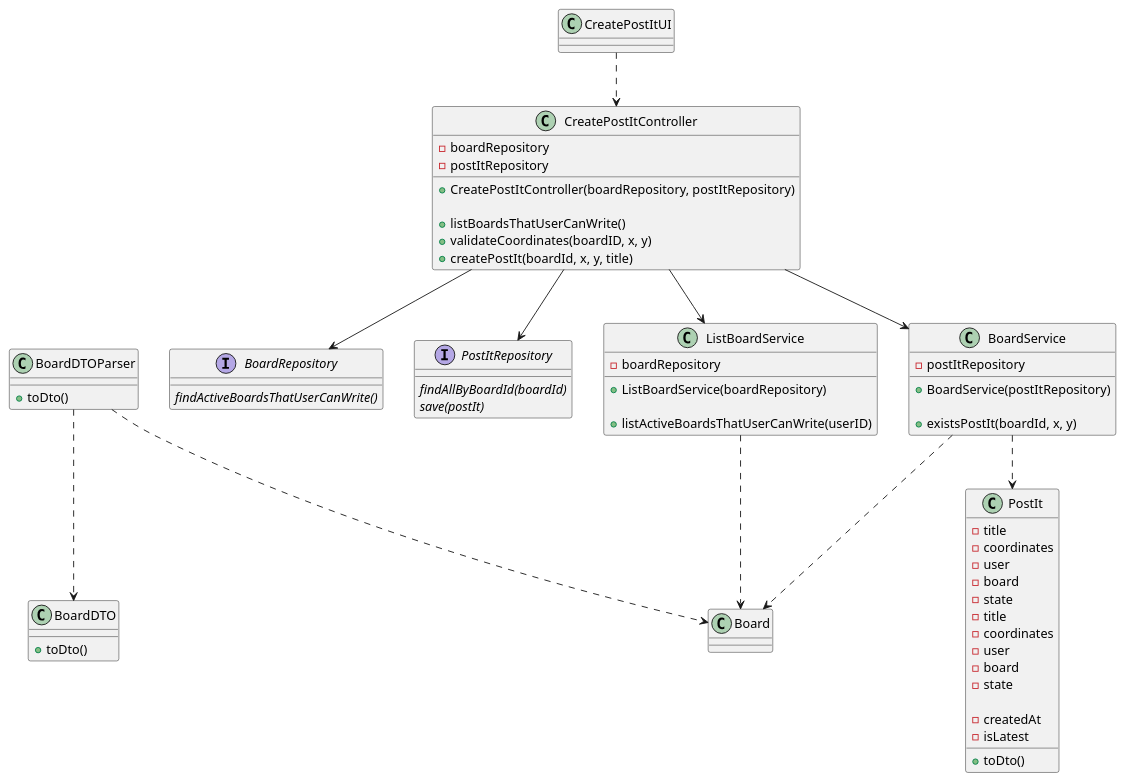
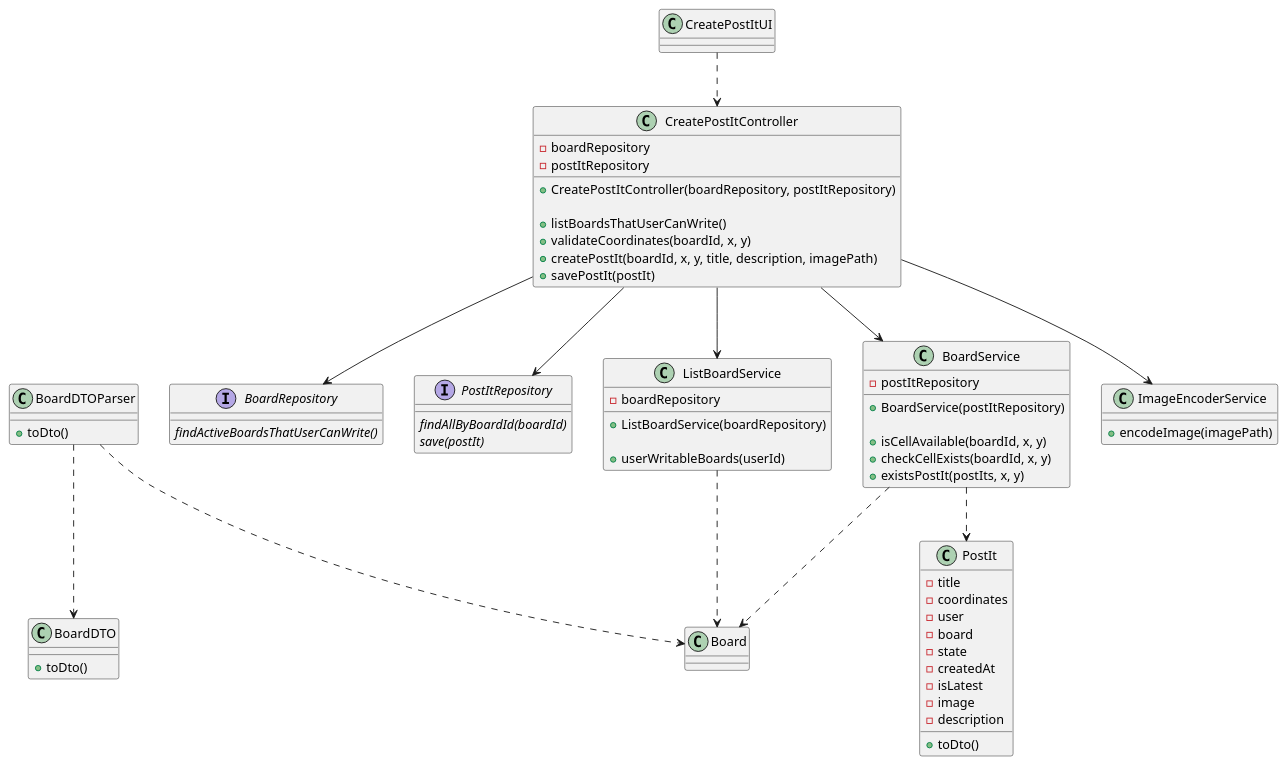
Before and after one commit to miseEnPlace-dev/lapr4: the diagram in docs/sprint-c/us31-3006/US3006_CD.puml, drawn with PlantUML. The commit also changed 6 other files, not shown here.

Commit message:
docs: updated diagrams (#54)

```diff
--- a/docs/sprint-c/us31-3006/US3006_CD.puml
+++ b/docs/sprint-c/us31-3006/US3006_CD.puml
@@ -1,88 +1,89 @@
 @startuml US3006_CD
 
 interface BoardRepository {
   {abstract} findActiveBoardsThatUserCanWrite()
 }
 
 interface PostItRepository {
   {abstract} findAllByBoardId(boardId)
   {abstract} save(postIt)
 }
 
 class ListBoardService {
   - boardRepository
 
   + ListBoardService(boardRepository)
 
-  + listActiveBoardsThatUserCanWrite(userID)
+  + userWritableBoards(userId)
 }
 
 class BoardService {
   - postItRepository
 
   + BoardService(postItRepository)
 
-  + existsPostIt(boardId, x, y)
+  + isCellAvailable(boardId, x, y)
+  + checkCellExists(boardId, x, y)
+  + existsPostIt(postIts, x, y)
+}
+
+class ImageEncoderService{
+  + encodeImage(imagePath)
 }
 
 class CreatePostItUI {}
 
 class CreatePostItController {
   - boardRepository
   - postItRepository
 
   + CreatePostItController(boardRepository, postItRepository)
 
   + listBoardsThatUserCanWrite()
-  + validateCoordinates(boardID, x, y)
-  + createPostIt(boardId, x, y, title)
+  + validateCoordinates(boardId, x, y)
+  + createPostIt(boardId, x, y, title, description, imagePath)
+  + savePostIt(postIt)
 }
 
 class PostIt {
   - title
   - coordinates
   - user
   - board
   - state
-}
-
-class PostIt {
-  - title
-  - coordinates
-  - user
-  - board
-  - state
-
   - createdAt
   - isLatest
+  - image
+  - description
 
   + toDto()
 }
 
 class Board {
 }
 
 
 class BoardDTO {
   + toDto()
 }
 
 class BoardDTOParser {
   + toDto()
 }
 
 
 CreatePostItUI ..> CreatePostItController
 CreatePostItController --> ListBoardService
 CreatePostItController --> BoardService
+CreatePostItController --> ImageEncoderService
 
 ListBoardService ..> Board
 CreatePostItController --> PostItRepository
 CreatePostItController --> BoardRepository
 
 BoardService ..> PostIt
 BoardService ..> Board
 BoardDTOParser ..> BoardDTO
 BoardDTOParser ..> Board
 
 @enduml
```
